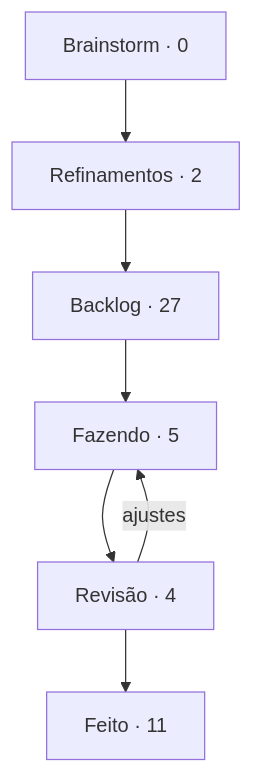
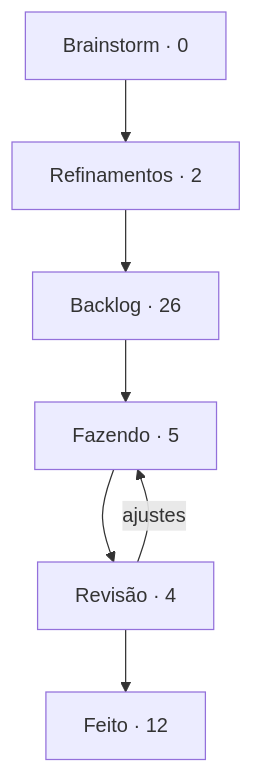
One commit to StudioVibi/VibiKanban changed the diagram in boards/dungeon-bend/BOARD.md. Above: the diagram before and after it, drawn with Mermaid. The commit also changed other lines of this file and 2 other files, not shown here.

````diff
--- a/boards/dungeon-bend/BOARD.md
+++ b/boards/dungeon-bend/BOARD.md
@@ -5,12 +5,12 @@
 ```mermaid
 flowchart TD
   brainstorm["Brainstorm · 0"] --> refinamentos["Refinamentos · 2"]
-  refinamentos --> backlog["Backlog · 27"]
+  refinamentos --> backlog["Backlog · 26"]
   backlog --> doing["Fazendo · 5"]
   doing --> review["Revisão · 4"]
-  review --> done["Feito · 11"]
+  review --> done["Feito · 12"]
   review -->|ajustes| doing
   doing:::blue
   review:::yellow
   done:::green
 ```
````
